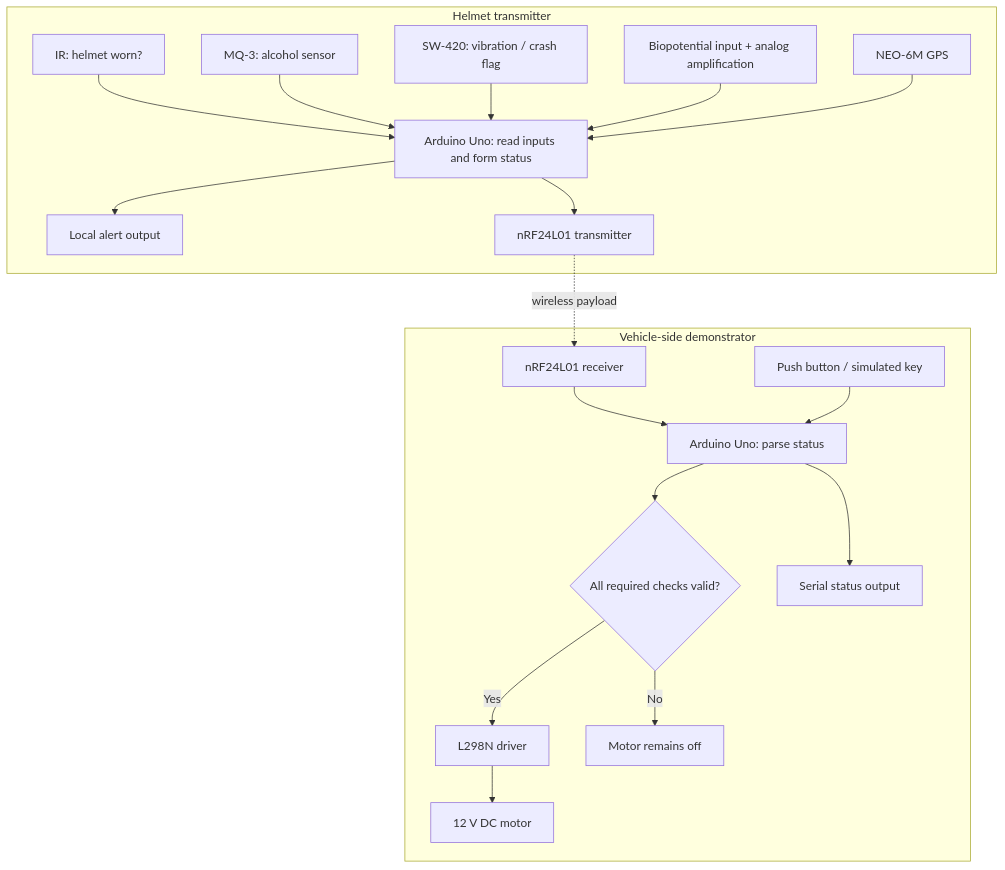
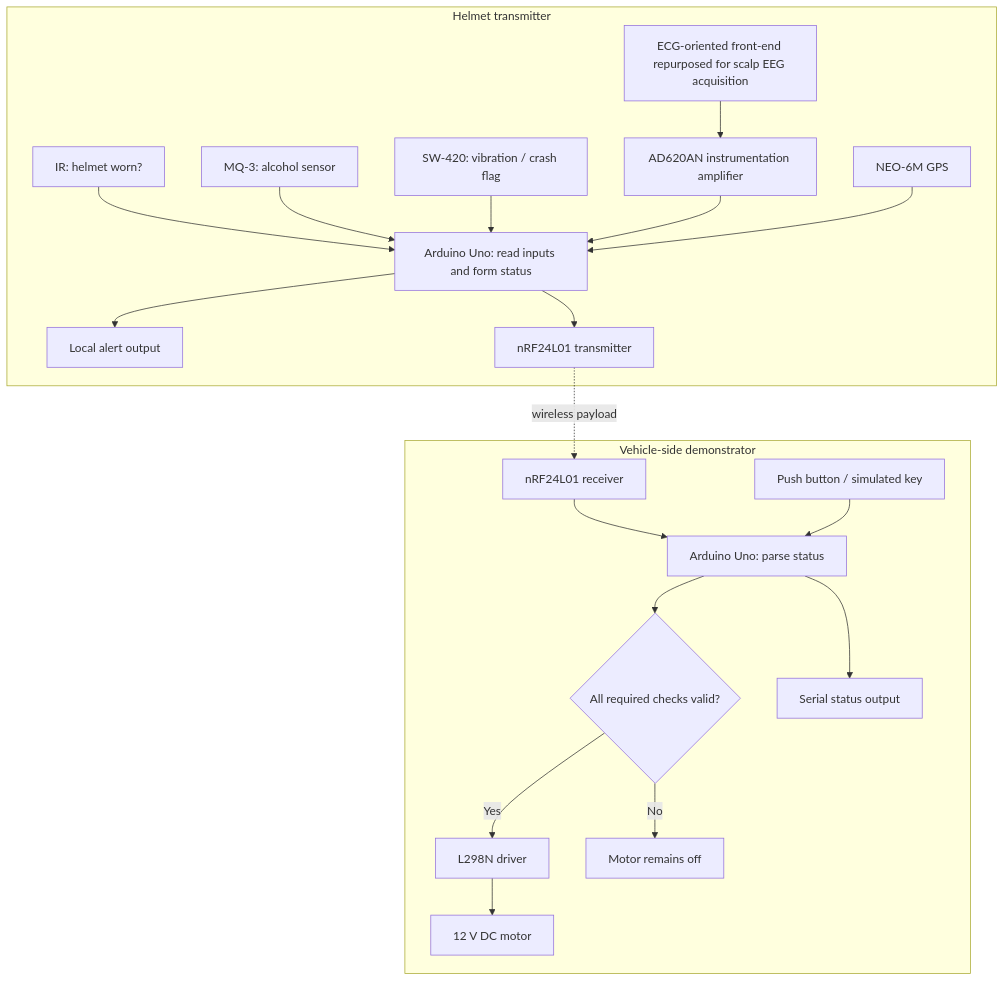
One commit to savarrare14/smart-helmet-biometric-fatigue-detection changed the diagram in docs/system-architecture.md. Above: the diagram before and after it, drawn with Mermaid. The commit also changed other lines of this file, not shown here.

Commit message:
Clarify AD620 position in EEG signal chain

````diff
--- a/docs/system-architecture.md
+++ b/docs/system-architecture.md
@@ -39,30 +41,31 @@
 ```mermaid
 flowchart TD
   subgraph H["Helmet transmitter"]
     S1["IR: helmet worn?"]
     S2["MQ-3: alcohol sensor"]
     S3["SW-420: vibration / crash flag"]
-    S4["Biopotential input + analog amplification"]
+    BIO["ECG-oriented front-end repurposed for scalp EEG acquisition"]
+    AMP["AD620AN instrumentation amplifier"]
     S5["NEO-6M GPS"]
     M["Arduino Uno: read inputs and form status"]
     A["Local alert output"]
     R1["nRF24L01 transmitter"]
     S1 --> M
     S2 --> M
     S3 --> M
-    S4 --> M
+    BIO --> AMP --> M
     S5 --> M
     M --> A
     M --> R1
   end
   R1 -. wireless payload .-> R2["nRF24L01 receiver"]
   subgraph V["Vehicle-side demonstrator"]
     R2 --> RX["Arduino Uno: parse status"]
     KEY["Push button / simulated key"] --> RX
     RX --> C{"All required checks valid?"}
     C -- Yes --> D["L298N driver"]
     D --> MOTOR["12 V DC motor"]
     C -- No --> STOP["Motor remains off"]
     RX --> SERIAL["Serial status output"]
   end
 ```
````
